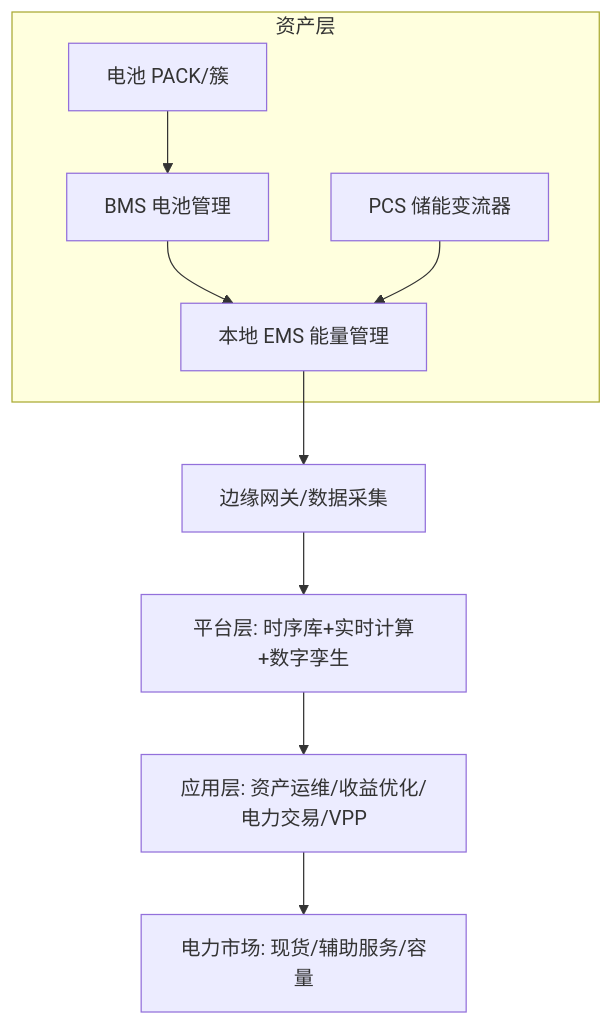
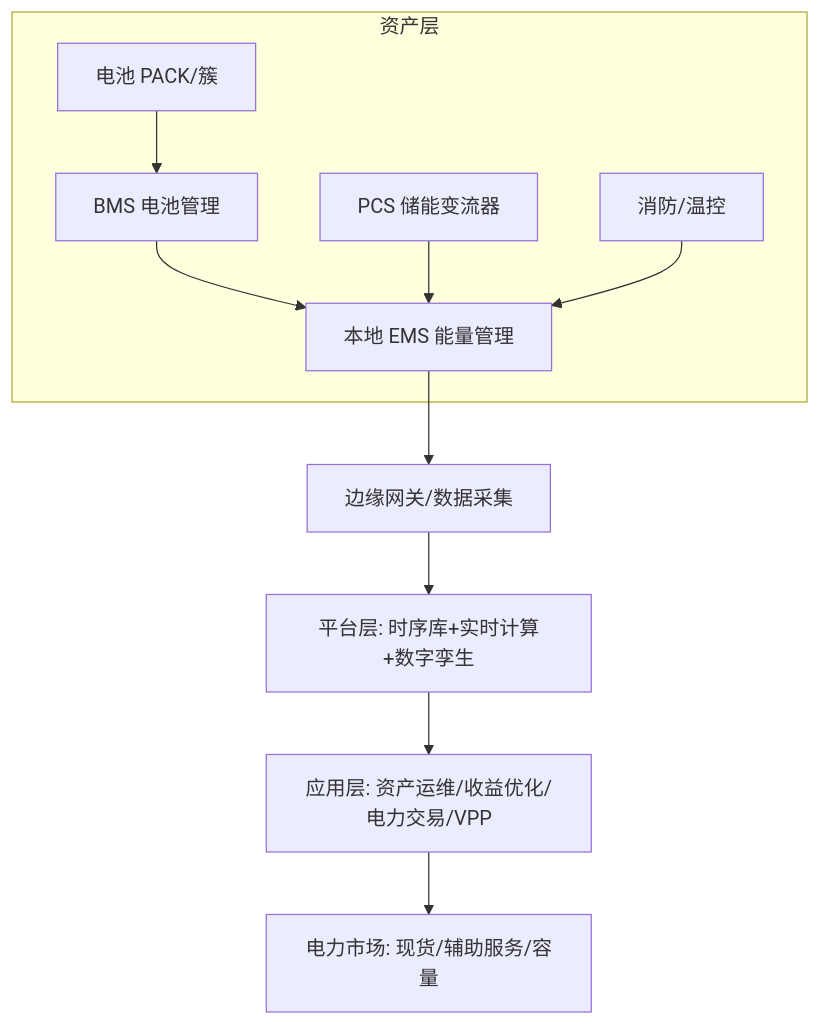
The second of 4 diagrams in 业务模型/储能业务模型.md (tghrxxxyyy/knowledge-base), drawn with Mermaid before and after one commit. The commit also changed other lines of this file and 1 other file, not shown here.

````diff
--- a/业务模型/储能业务模型.md
+++ b/业务模型/储能业务模型.md
@@ -19,16 +132,18 @@
 ```mermaid
 flowchart TD
     subgraph 资产层
         BAT[电池 PACK/簇]
         BMS[BMS 电池管理]
         PCS[PCS 储能变流器]
         EMS0[本地 EMS 能量管理]
+        FIRE[消防/温控]
     end
     BAT --> BMS
     BMS --> EMS0
     PCS --> EMS0
+    FIRE --> EMS0
     EMS0 --> GW[边缘网关/数据采集]
     GW --> PL[平台层: 时序库+实时计算+数字孪生]
     PL --> APP[应用层: 资产运维/收益优化/电力交易/VPP]
     APP --> MKT[电力市场: 现货/辅助服务/容量]
 ```
````
